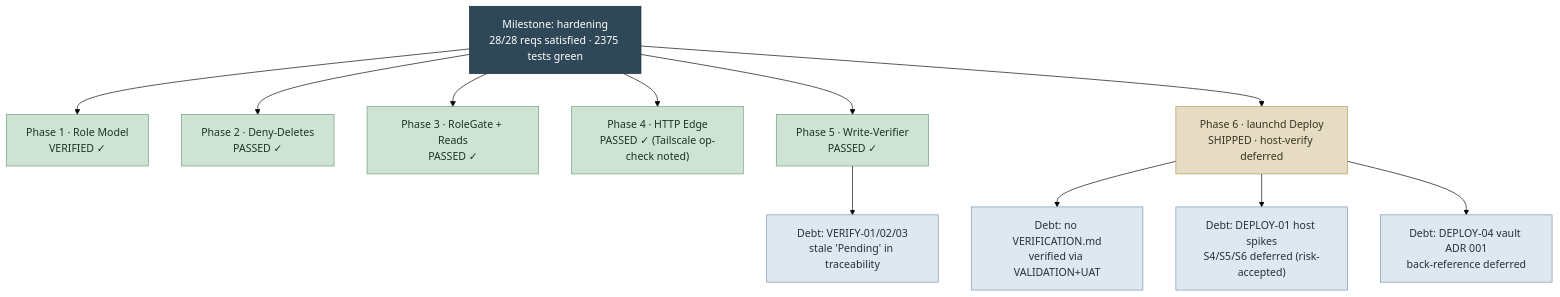
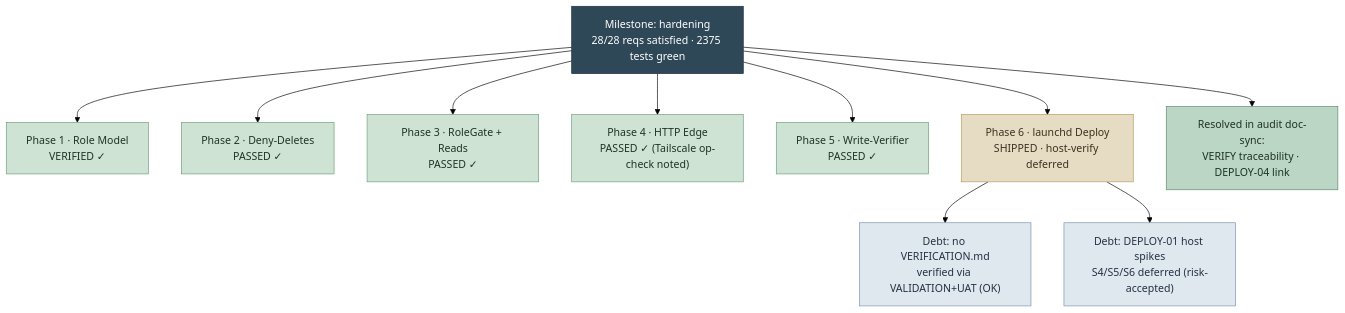
The diagram in .planning/hardening-MILESTONE-AUDIT.md (JesKingDev/omnifocus-mcp), drawn with Mermaid (forest theme) before and after one commit. The commit also changed other lines of this file and 2 other files, not shown here.

First line of the commit message:
docs(hardening): milestone audit doc-sync — VERIFY traceability + DEPLOY-04 confirmed

````diff
--- a/.planning/hardening-MILESTONE-AUDIT.md
+++ b/.planning/hardening-MILESTONE-AUDIT.md
@@ -48,21 +48,22 @@
 ```mermaid
 flowchart TD
     M["Milestone: hardening<br/>28/28 reqs satisfied · 2375 tests green"]:::root
 
     M --> P1["Phase 1 · Role Model<br/>VERIFIED ✓"]:::done
     M --> P2["Phase 2 · Deny-Deletes<br/>PASSED ✓"]:::done
     M --> P3["Phase 3 · RoleGate + Reads<br/>PASSED ✓"]:::done
     M --> P4["Phase 4 · HTTP Edge<br/>PASSED ✓ (Tailscale op-check noted)"]:::done
     M --> P5["Phase 5 · Write-Verifier<br/>PASSED ✓"]:::done
     M --> P6["Phase 6 · launchd Deploy<br/>SHIPPED · host-verify deferred"]:::partial
 
-    P5 --> D1["Debt: VERIFY-01/02/03<br/>stale 'Pending' in traceability"]:::debt
-    P6 --> D2["Debt: no VERIFICATION.md<br/>verified via VALIDATION+UAT"]:::debt
+    P6 --> D2["Debt: no VERIFICATION.md<br/>verified via VALIDATION+UAT (OK)"]:::debt
     P6 --> D3["Debt: DEPLOY-01 host spikes<br/>S4/S5/S6 deferred (risk-accepted)"]:::debt
-    P6 --> D4["Debt: DEPLOY-04 vault ADR 001<br/>back-reference deferred"]:::debt
+
+    M --> R["Resolved in audit doc-sync:<br/>VERIFY traceability · DEPLOY-04 link"]:::fixed
 
     classDef root fill:#2f4858,stroke:#1d2d38,color:#fff;
     classDef done fill:#cfe3d4,stroke:#6b9e7c,color:#1d3325;
     classDef partial fill:#e6dcc3,stroke:#b39a5b,color:#3a3220;
     classDef debt fill:#dfe7ef,stroke:#7a93ac,color:#243240;
+    classDef fixed fill:#bcd6c6,stroke:#5c8a6f,color:#1d3325;
 ```
````
